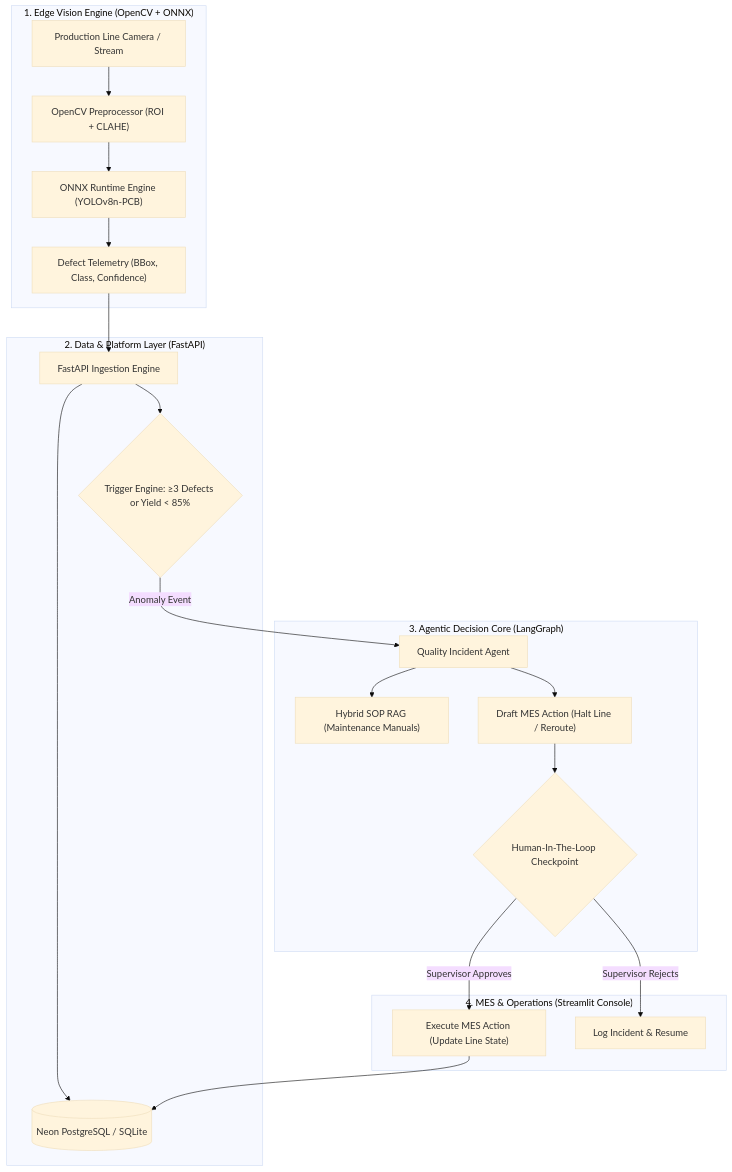
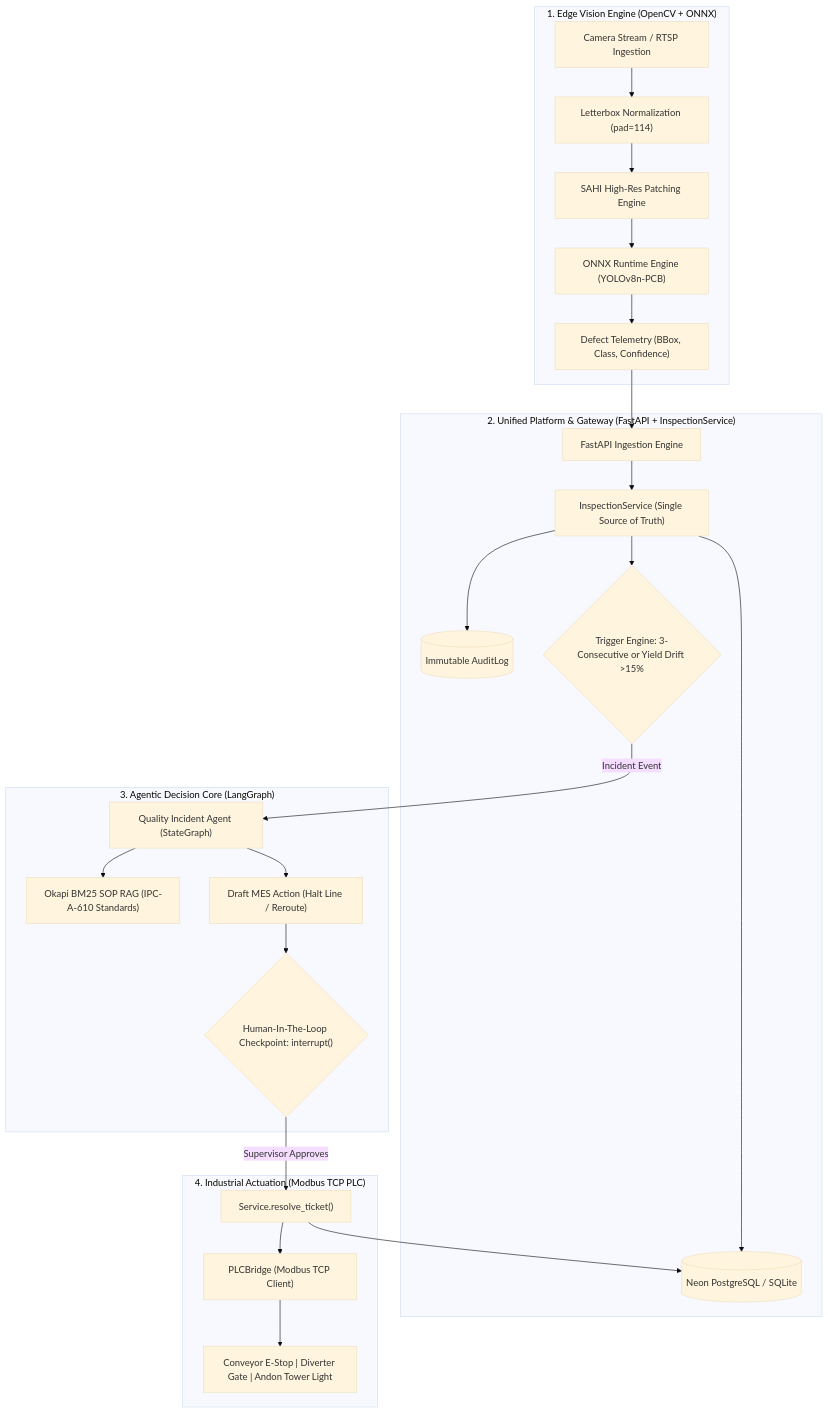
The diagram in README.md (imtarget05/ApexInspect-AI), drawn with Mermaid (base theme) before and after one commit. The commit also changed other lines of this file and 67 other files, not shown here.

First line of the commit message:
feat: complete ApexInspect AI industrial vision & quality agent pipeline

````diff
--- a/README.md
+++ b/README.md
@@ -35,27 +36,31 @@
 ```mermaid
 flowchart TD
     subgraph VisionLayer ["1. Edge Vision Engine (OpenCV + ONNX)"]
-        Cam["Production Line Camera / Stream"] --> Pre["OpenCV Preprocessor (ROI + CLAHE)"]
-        Pre --> Infer["ONNX Runtime Engine (YOLOv8n-PCB)"]
+        Cam["Camera Stream / RTSP Ingestion"] --> Pre["Letterbox Normalization (pad=114)"]
+        Pre --> Patching["SAHI High-Res Patching Engine"]
+        Patching --> Infer["ONNX Runtime Engine (YOLOv8n-PCB)"]
         Infer --> Telemetry["Defect Telemetry (BBox, Class, Confidence)"]
     end
 
-    subgraph CorePlatform ["2. Data & Platform Layer (FastAPI)"]
+    subgraph ServiceLayer ["2. Unified Platform & Gateway (FastAPI + InspectionService)"]
         Telemetry --> Ingest["FastAPI Ingestion Engine"]
-        Ingest --> DB[("Neon PostgreSQL / SQLite")]
-        Ingest --> Trigger{"Trigger Engine: ≥3 Defects or Yield < 85%"}
+        Ingest --> Service["InspectionService (Single Source of Truth)"]
+        Service --> DB[("Neon PostgreSQL / SQLite")]
+        Service --> Audit[("Immutable AuditLog")]
+        Service --> Trigger{"Trigger Engine: 3-Consecutive or Yield Drift >15%"}
     end
 
     subgraph AgenticAutomation ["3. Agentic Decision Core (LangGraph)"]
-        Trigger -->|Anomaly Event| Agent["Quality Incident Agent"]
-        Agent --> RAG["Hybrid SOP RAG (Maintenance Manuals)"]
+        Trigger -->|Incident Event| Agent["Quality Incident Agent (StateGraph)"]
+        Agent --> RAG["Okapi BM25 SOP RAG (IPC-A-610 Standards)"]
         Agent --> Propose["Draft MES Action (Halt Line / Reroute)"]
-        Propose --> HITL{"Human-In-The-Loop Checkpoint"}
+        Propose --> HITL{"Human-In-The-Loop Checkpoint: interrupt()"}
     end
 
-    subgraph ActionExecution ["4. MES & Operations (Streamlit Console)"]
-        HITL -->|Supervisor Approves| MES["Execute MES Action (Update Line State)"]
-        HITL -->|Supervisor Rejects| Resume["Log Incident & Resume"]
+    subgraph IndustrialOT ["4. Industrial Actuation (Modbus TCP PLC)"]
+        HITL -->|Supervisor Approves| MES["Service.resolve_ticket()"]
+        MES --> PLC["PLCBridge (Modbus TCP Client)"]
+        PLC --> Actuators["Conveyor E-Stop | Diverter Gate | Andon Tower Light"]
         MES --> DB
     end
 ```
````
